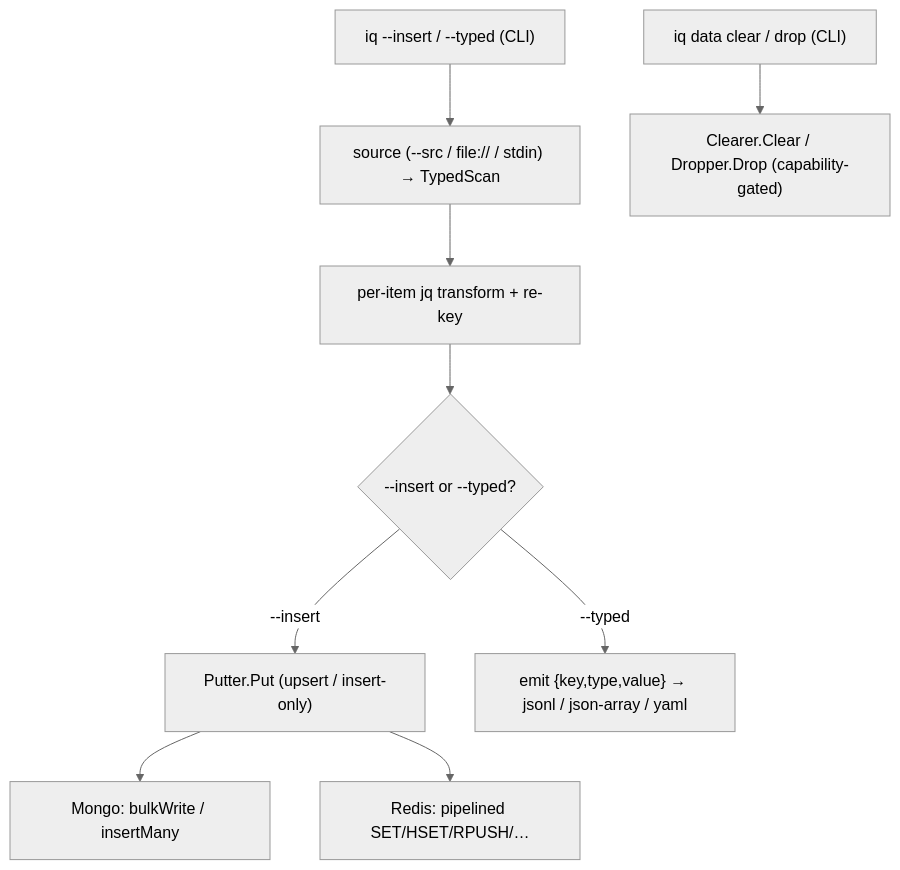
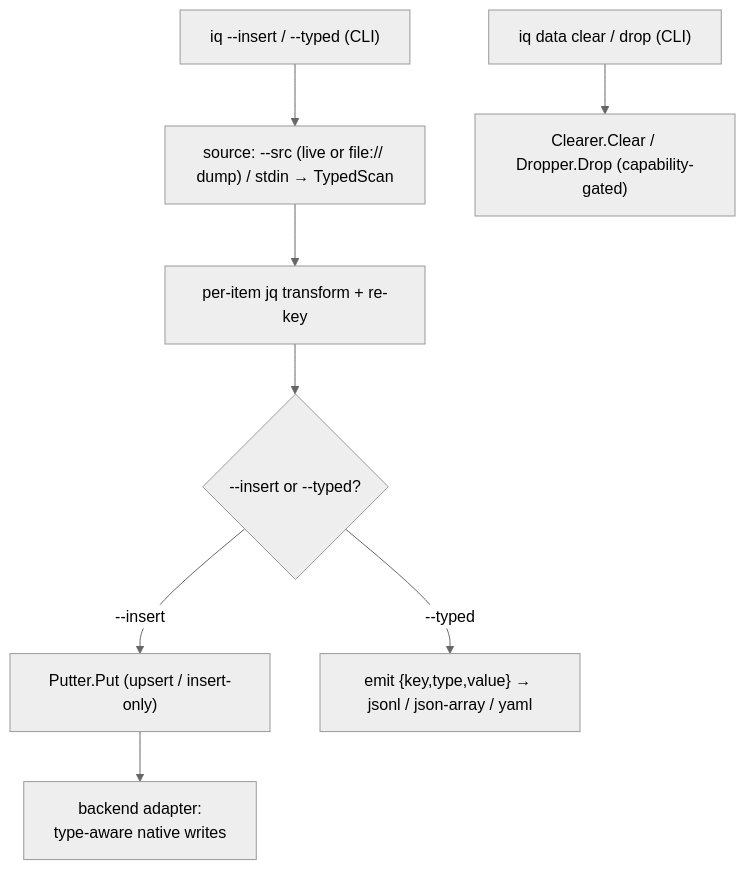
Before and after one commit to zsltg/iq: the second of 2 diagrams in README.md, drawn with Mermaid (neutral theme). The commit also changed other lines of this file, not shown here.

First line of the commit message:
docs(readme): compact architecture diagrams and make them backend-agnostic

````diff
--- a/README.md
+++ b/README.md
@@ -736,11 +729,10 @@
 ```mermaid
 graph TD
-  MV["iq --insert / --typed (CLI)"] --> MSRC["source (--src / file:// / stdin) → TypedScan"]
+  MV["iq --insert / --typed (CLI)"] --> MSRC["source: --src (live or file:// dump) / stdin → TypedScan"]
   MSRC --> TX["per-item jq transform + re-key"]
   TX --> DST{"--insert or --typed?"}
   DST -->|--insert| PUT["Putter.Put (upsert / insert-only)"]
   DST -->|--typed| ENC["emit {key,type,value} → jsonl / json-array / yaml"]
-  PUT --> MW["Mongo: bulkWrite / insertMany"]
-  PUT --> RW["Redis: pipelined SET/HSET/RPUSH/…"]
+  PUT --> BW["backend adapter:<br/>type-aware native writes"]
   LF["iq data clear / drop (CLI)"] --> CAP["Clearer.Clear / Dropper.Drop (capability-gated)"]
 ```
````
